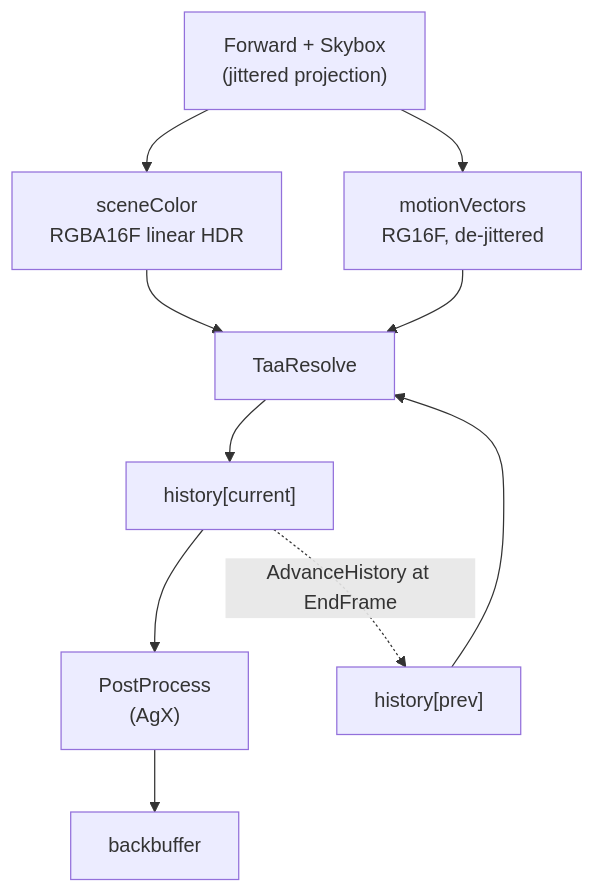
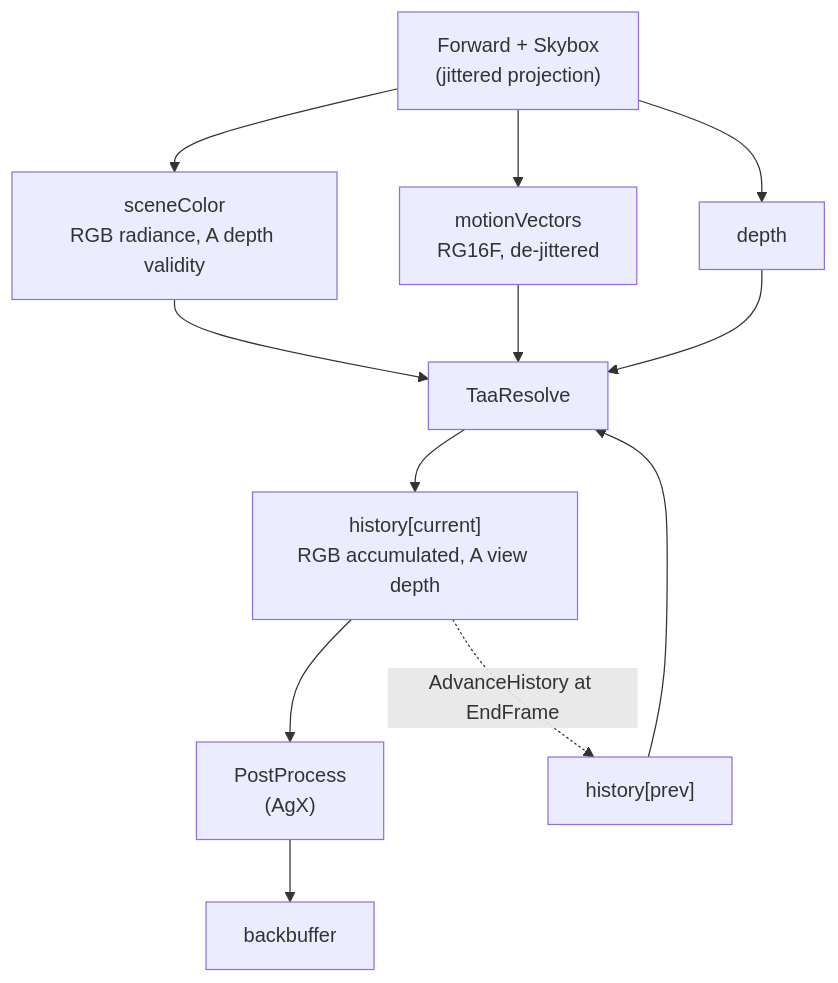
Before and after one commit to alexjiang200407/bernini: the diagram in docs/taa.md, drawn with Mermaid. The commit also changed other lines of this file and 16 other files, not shown here.

````diff
--- a/docs/taa.md
+++ b/docs/taa.md
@@ -272,15 +287,17 @@
 ```mermaid
 flowchart TD
-    FWD["Forward + Skybox<br/>(jittered projection)"] --> SC["sceneColor<br/>RGBA16F linear HDR"]
+    FWD["Forward + Skybox<br/>(jittered projection)"] --> SC["sceneColor<br/>RGB radiance, A depth validity"]
     FWD --> MV["motionVectors<br/>RG16F, de-jittered"]
+    FWD --> D["depth"]
 
     SC --> RES["TaaResolve"]
     MV --> RES
+    D --> RES
     HPREV["history[prev]"] --> RES
-    RES --> HCUR["history[current]"]
+    RES --> HCUR["history[current]<br/>RGB accumulated, A view depth"]
 
     HCUR --> PP["PostProcess<br/>(AgX)"]
     PP --> BB["backbuffer"]
 
     HCUR -. "AdvanceHistory at EndFrame" .-> HPREV
 ```
````
